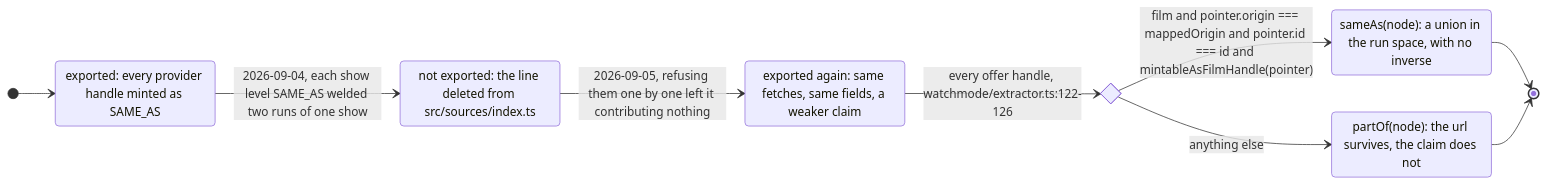
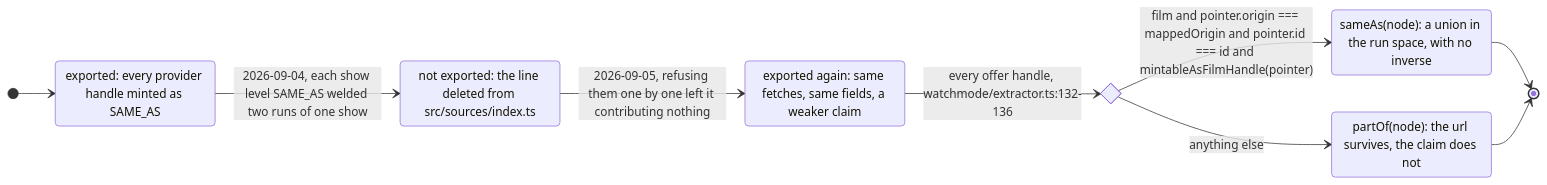
Before and after one commit to banou26/stub: the third of 3 diagrams in docs/src/content/docs/sources/registry.md, drawn with Mermaid. The commit also changed other lines of this file and 19 other files, not shown here.

````diff
--- a/docs/src/content/docs/sources/registry.md
+++ b/docs/src/content/docs/sources/registry.md
@@ -260,19 +260,19 @@
 ```mermaid
 stateDiagram-v2
   direction LR
   state "exported: every provider handle minted as SAME_AS" as welding
   state "not exported: the line deleted from src/sources/index.ts" as unplugged
   state "exported again: same fetches, same fields, a weaker claim" as live
   state pick <<choice>>
   state "sameAs(node): a union in the run space, with no inverse" as identity
   state "partOf(node): the url survives, the claim does not" as containment
 
   [*] --> welding
   welding --> unplugged: 2026-09-04, each show level SAME_AS welded two runs of one show
   unplugged --> live: 2026-09-05, refusing them one by one left it contributing nothing
-  live --> pick: every offer handle, watchmode/extractor.ts:122-126
+  live --> pick: every offer handle, watchmode/extractor.ts:132-136
   pick --> identity: film and pointer.origin === mappedOrigin and pointer.id === id and mintableAsFilmHandle(pointer)
   pick --> containment: anything else
   identity --> [*]
   containment --> [*]
 ```
````
